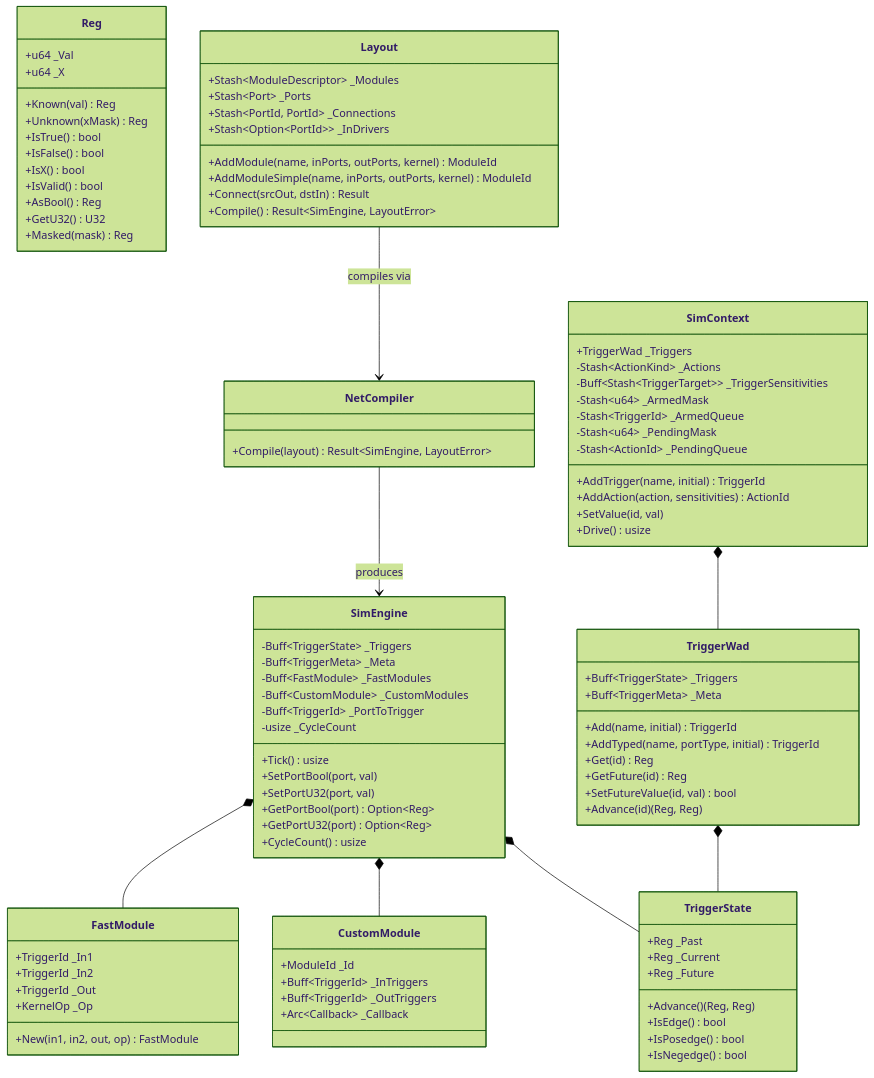
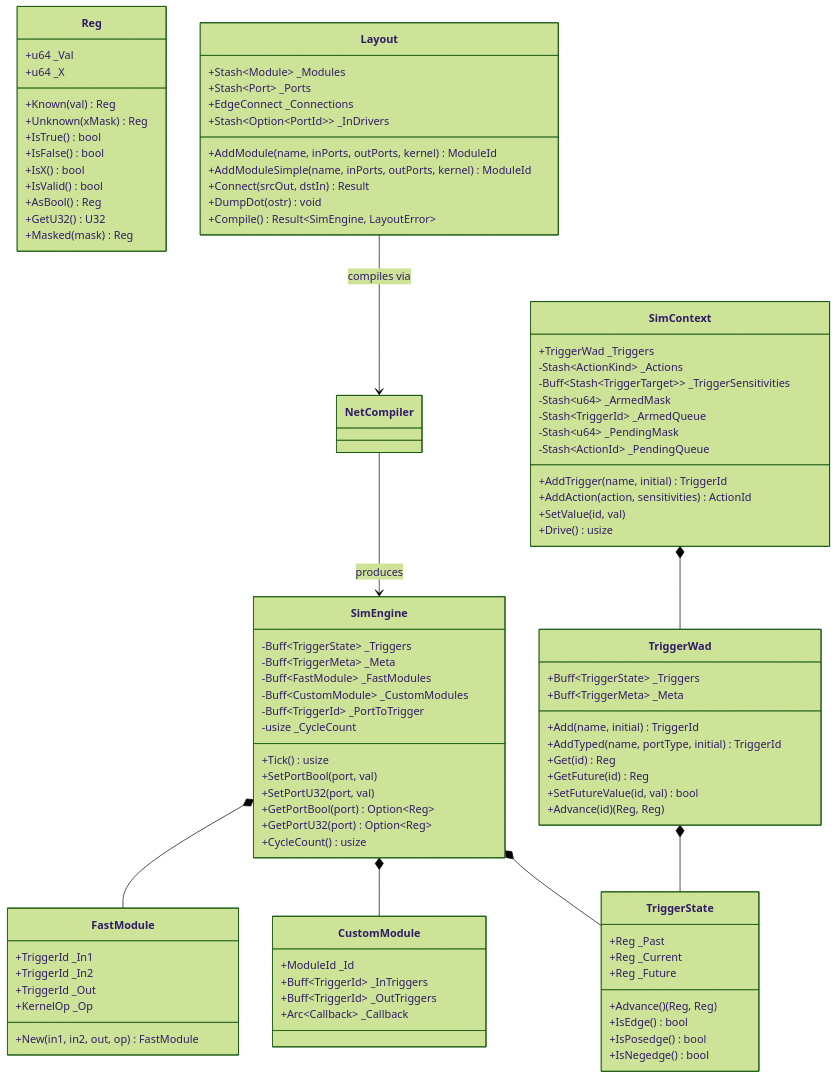
The diagram in wiki/Rube.md (jswarup/Kosh), drawn with Mermaid (forest theme) before and after one commit. The commit also changed 5 other files, not shown here.

Commit message:
rube, silo: rename ModuleDescriptor to Module and convert Layout::_Connections to EdgeConnect

```diff
--- a/wiki/Rube.md
+++ b/wiki/Rube.md
@@ -55,18 +55,15 @@
     }
 
     class Layout {
-        +Stash~ModuleDescriptor~ _Modules
+        +Stash~Module~ _Modules
         +Stash~Port~ _Ports
-        +Stash~PortId, PortId~ _Connections
+        +EdgeConnect _Connections
         +Stash~Option~PortId~~ _InDrivers
         +AddModule(name, inPorts, outPorts, kernel) ModuleId
         +AddModuleSimple(name, inPorts, outPorts, kernel) ModuleId
         +Connect(srcOut, dstIn) Result
+        +DumpDot(ostr) void
         +Compile() Result~SimEngine, LayoutError~
-    }
-
-    class NetCompiler {
-        +Compile(layout) Result~SimEngine, LayoutError~
     }
 
     class FastModule {
```
